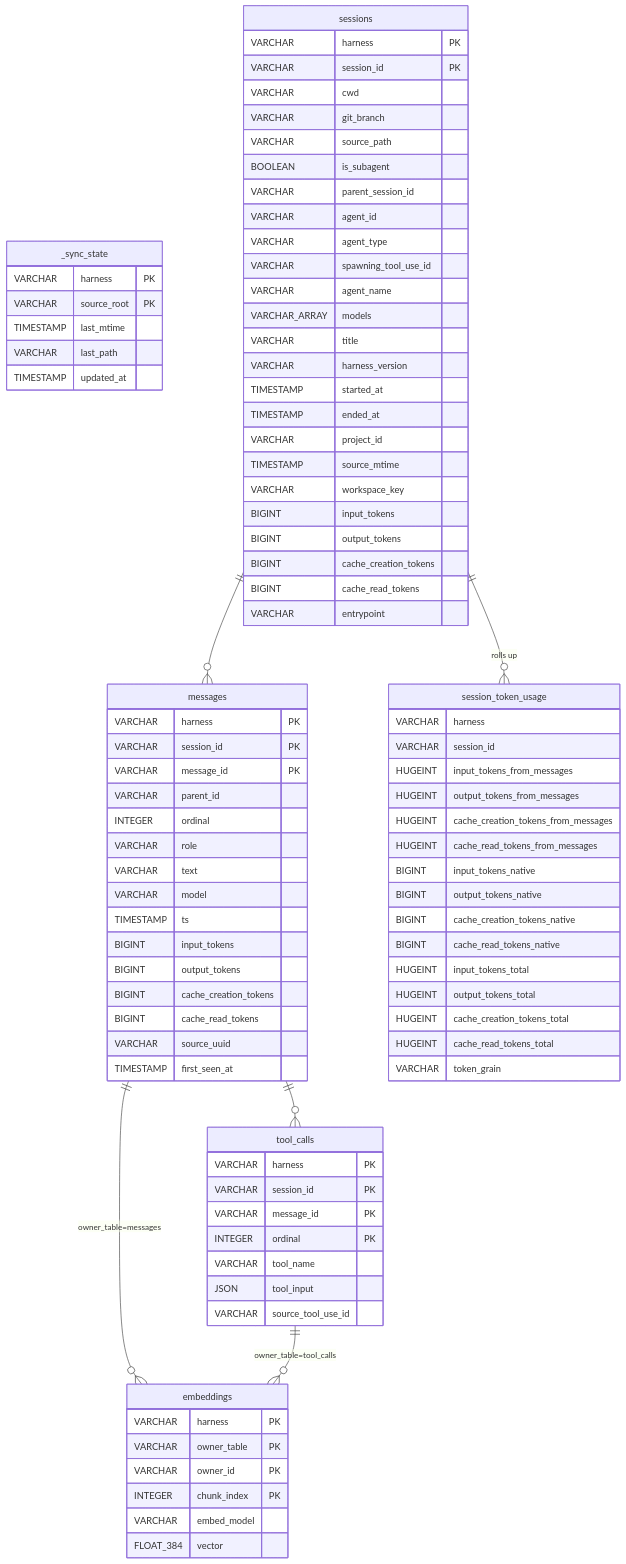
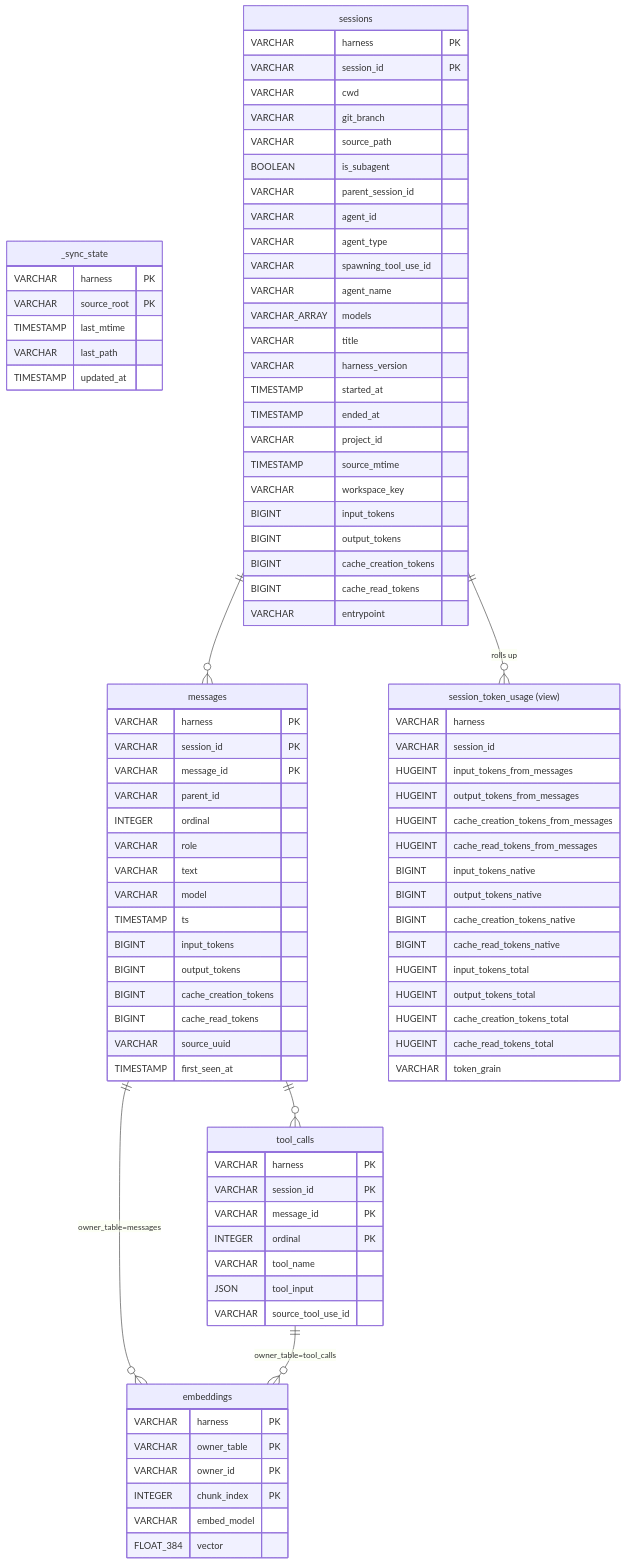
One commit to Texarkanine/stockroom changed the diagram in skills/sr-query/references/warehouse-schema.md. Above: the diagram before and after it, drawn with Mermaid. The commit also changed 7 other files, not shown here.

```diff
--- a/skills/sr-query/references/warehouse-schema.md
+++ b/skills/sr-query/references/warehouse-schema.md
@@ -36,8 +36,7 @@
         VARCHAR source_uuid
         TIMESTAMP first_seen_at
     }
-    %% view: session_token_usage
-    session_token_usage {
+    session_token_usage["session_token_usage (view)"] {
         VARCHAR harness
         VARCHAR session_id
         HUGEINT input_tokens_from_messages
```
